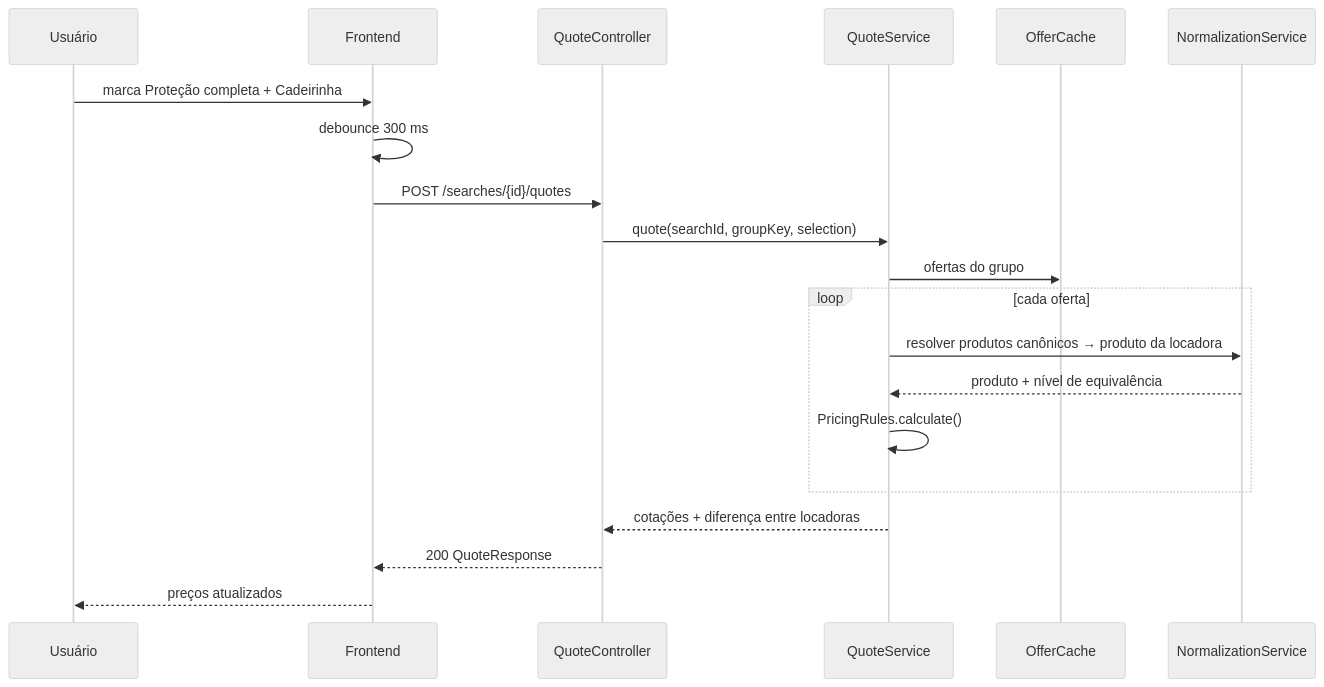
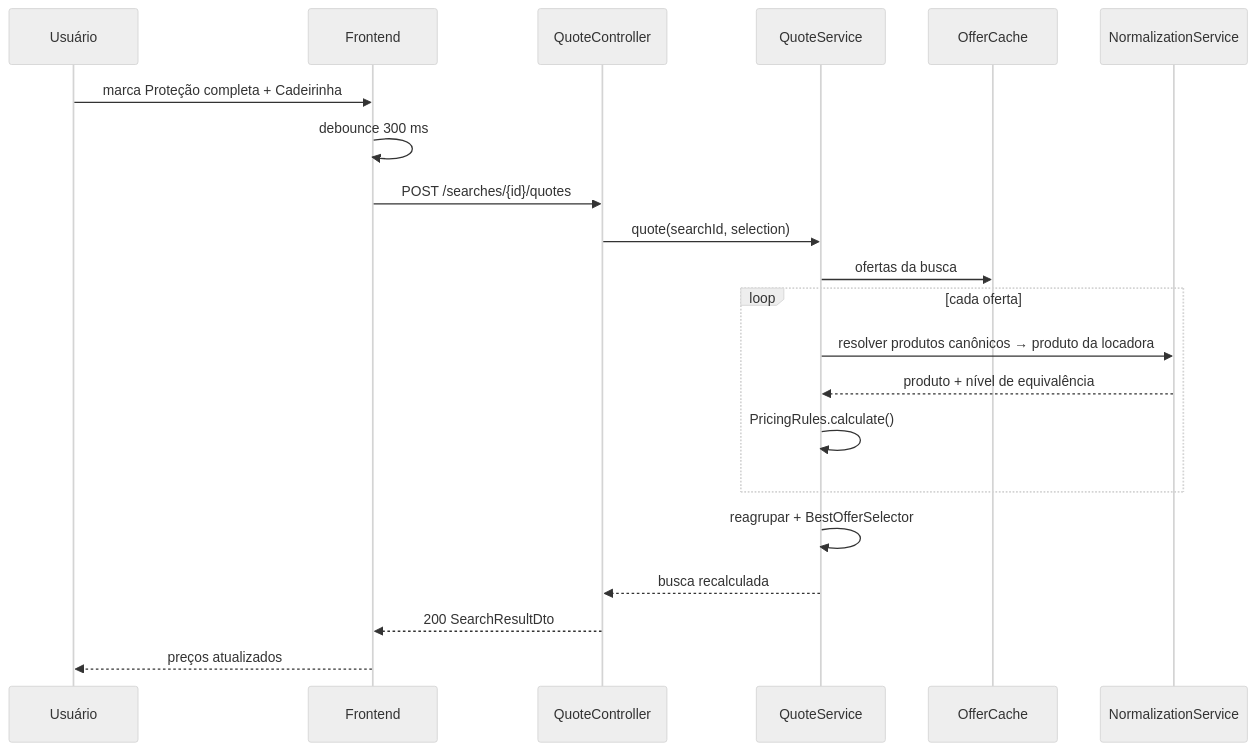
Before and after one commit to cezarags/rentouapp-web: the eighth of 12 diagrams in docs/arquitetura.md, drawn with Mermaid (neutral theme). The commit also changed other lines of this file, not shown here.

First line of the commit message:
docs: alinha contratos da API ao contracts.ts do frontend

````diff
--- a/docs/arquitetura.md
+++ b/docs/arquitetura.md
@@ -893,22 +896,23 @@
 ```mermaid
 sequenceDiagram
     participant U as Usuário
     participant FE as Frontend
     participant API as QuoteController
     participant QS as QuoteService
     participant C as OfferCache
     participant N as NormalizationService
     U->>FE: marca Proteção completa + Cadeirinha
     FE->>FE: debounce 300 ms
     FE->>API: POST /searches/{id}/quotes
-    API->>QS: quote(searchId, groupKey, selection)
-    QS->>C: ofertas do grupo
+    API->>QS: quote(searchId, selection)
+    QS->>C: ofertas da busca
     loop cada oferta
       QS->>N: resolver produtos canônicos → produto da locadora
       N-->>QS: produto + nível de equivalência
       QS->>QS: PricingRules.calculate()
     end
-    QS-->>API: cotações + diferença entre locadoras
-    API-->>FE: 200 QuoteResponse
+    QS->>QS: reagrupar + BestOfferSelector
+    QS-->>API: busca recalculada
+    API-->>FE: 200 SearchResultDto
     FE-->>U: preços atualizados
 ```
````
